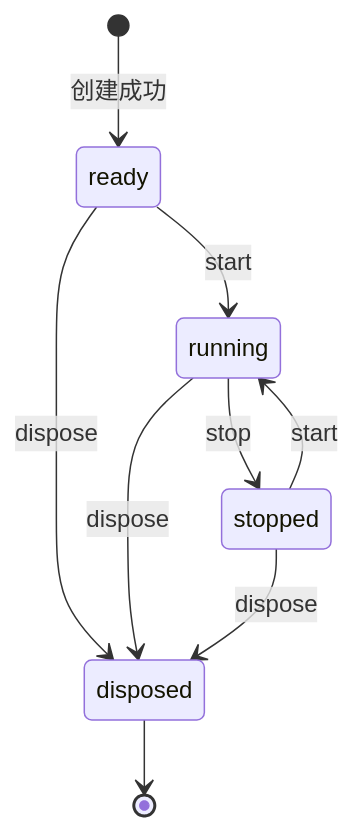
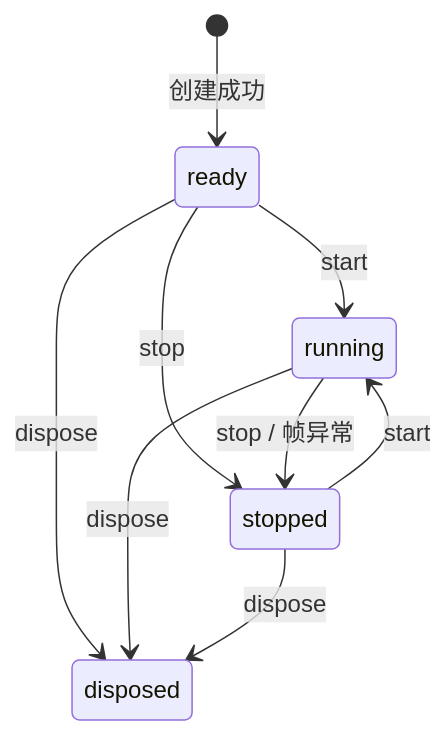
Before and after one commit to adui-studio/adui-three: the diagram in docs/SDD.md, drawn with Mermaid. The commit also changed other lines of this file and 59 other files, not shown here.

````diff
--- a/docs/SDD.md
+++ b/docs/SDD.md
@@ -25,11 +38,11 @@
 ```mermaid
 stateDiagram-v2
   [*] --> ready: 创建成功
   ready --> running: start
-  running --> stopped: stop
+  ready --> stopped: stop
+  running --> stopped: stop / 帧异常
   stopped --> running: start
   ready --> disposed: dispose
   running --> disposed: dispose
   stopped --> disposed: dispose
-  disposed --> [*]
 ```
````
